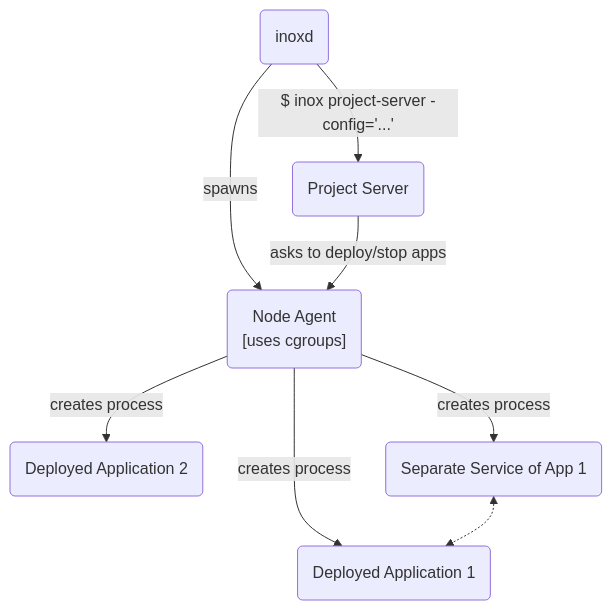
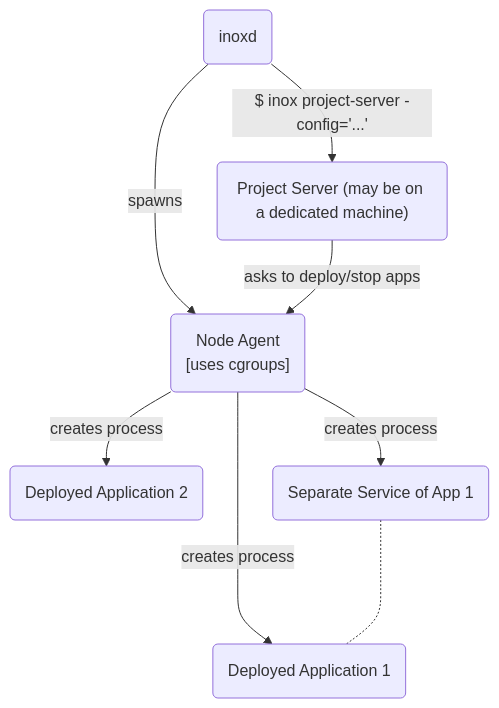
The third of 3 diagrams in README.md (inoxlang/inox), drawn with Mermaid before and after one commit. The commit also changed other lines of this file, not shown here.

````diff
--- a/README.md
+++ b/README.md
@@ -736,12 +736,12 @@
 ```mermaid
 graph TB
 
-Inoxd(inoxd) --> |$ inox project-server -config='...'| ProjectServer(Project Server)
+Inoxd(inoxd) --> |$ inox project-server -config='...'| ProjectServer("Project Server (may be on a dedicated machine)")
 Inoxd --> |spawns| NodeAgent
 NodeAgent("Node Agent \n [uses cgroups]") --> |creates process| DeployedApp1(Deployed Application 1)
 NodeAgent --> |creates process| DeployedApp2(Deployed Application 2)
 NodeAgent --> |creates process| ServiceModule(Separate Service of App 1)
-ServiceModule <-.-> DeployedApp1
+ServiceModule -..- DeployedApp1
 
 ProjectServer --> |asks to deploy/stop apps| NodeAgent
 ```
````
